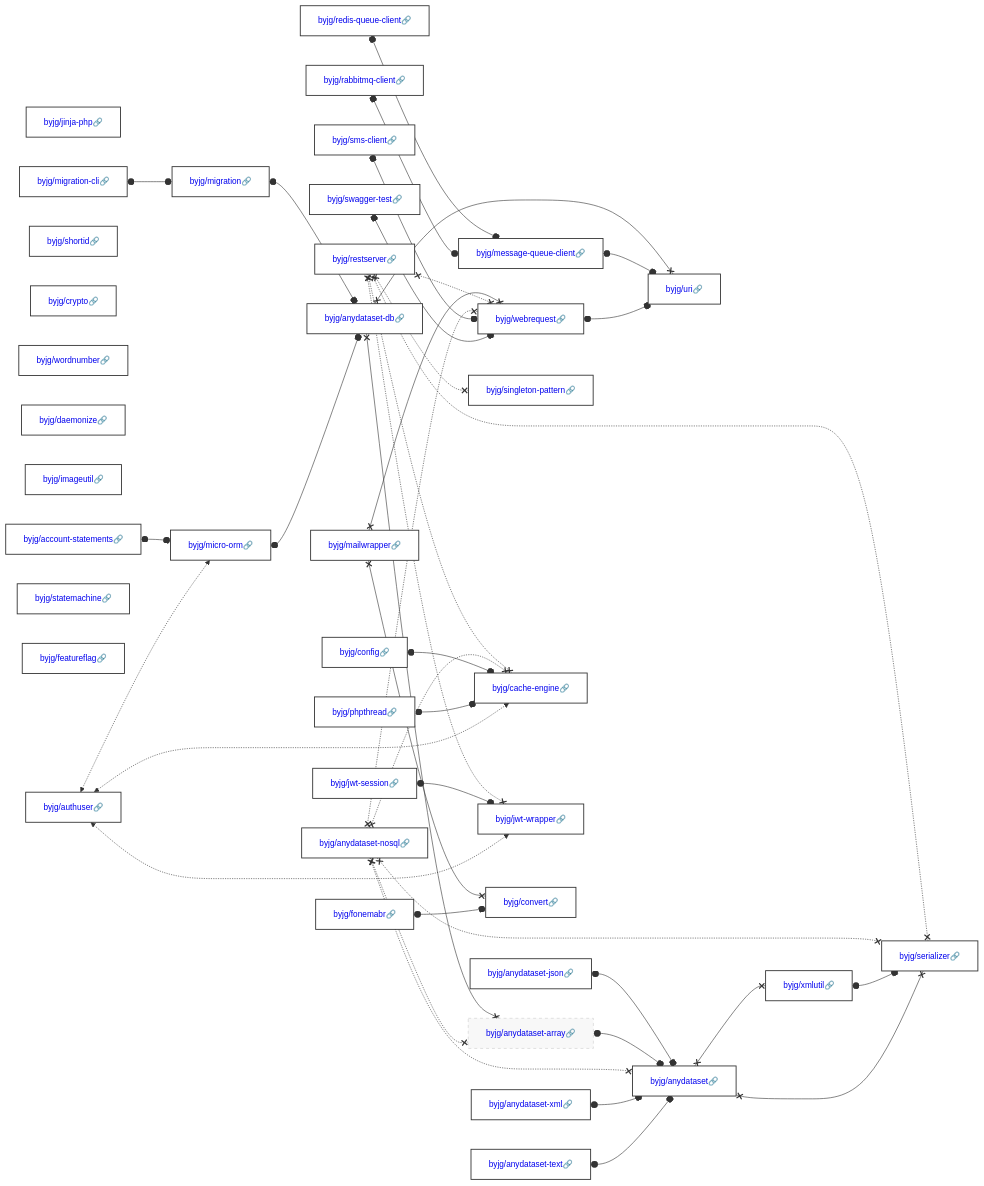
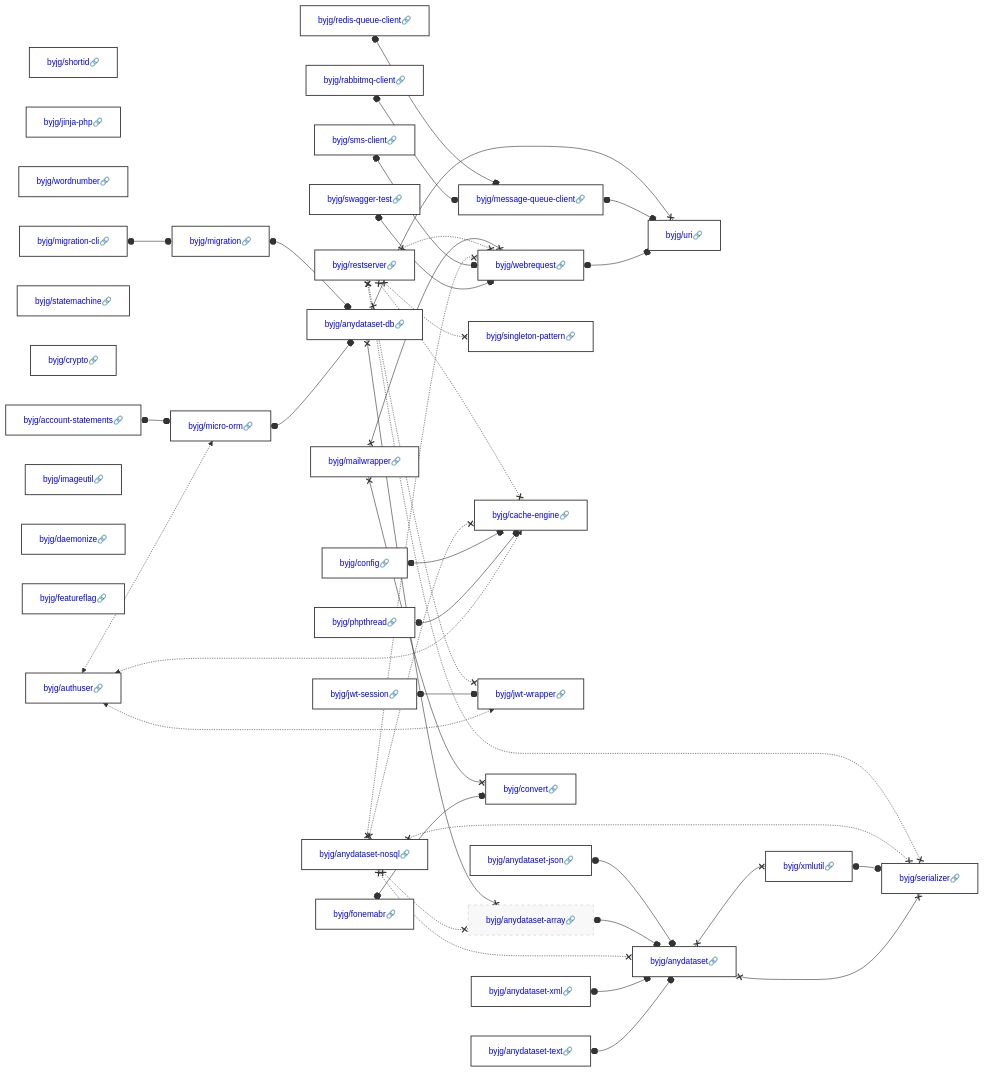
The diagram in docs/php/README.md (byjg/byjg.github.io), drawn with Mermaid before and after one commit. The commit also changed other lines of this file, not shown here.

Commit message:
Update documentation 'php' 'php-anydataset-db'

````diff
--- a/docs/php/README.md
+++ b/docs/php/README.md
@@ -3,37 +3,37 @@
 ```mermaid
 graph LR;
+  byjg/rabbitmq-client[<a href='https://opensource.byjg.com/docs/php/rabbitmq-client' style='text-decoration:none'>byjg/rabbitmq-client🔗</a>];
+  byjg/shortid[<a href='https://opensource.byjg.com/docs/php/shortid' style='text-decoration:none'>byjg/shortid🔗</a>];
+  byjg/phpthread[<a href='https://opensource.byjg.com/docs/php/phpthread' style='text-decoration:none'>byjg/phpthread🔗</a>];
   byjg/jinja-php[<a href='https://opensource.byjg.com/docs/php/jinja-php' style='text-decoration:none'>byjg/jinja-php🔗</a>];
+  byjg/restserver[<a href='https://opensource.byjg.com/docs/php/restserver' style='text-decoration:none'>byjg/restserver🔗</a>];
+  byjg/wordnumber[<a href='https://opensource.byjg.com/docs/php/wordnumber' style='text-decoration:none'>byjg/wordnumber🔗</a>];
+  byjg/swagger-test[<a href='https://opensource.byjg.com/docs/php/swagger-test' style='text-decoration:none'>byjg/swagger-test🔗</a>];
+  byjg/anydataset-text[<a href='https://opensource.byjg.com/docs/php/anydataset-text' style='text-decoration:none'>byjg/anydataset-text🔗</a>];
+  byjg/fonemabr[<a href='https://opensource.byjg.com/docs/php/fonemabr' style='text-decoration:none'>byjg/fonemabr🔗</a>];
   byjg/anydataset-xml[<a href='https://opensource.byjg.com/docs/php/anydataset-xml' style='text-decoration:none'>byjg/anydataset-xml🔗</a>];
+  byjg/anydataset-nosql[<a href='https://opensource.byjg.com/docs/php/anydataset-nosql' style='text-decoration:none'>byjg/anydataset-nosql🔗</a>];
+  byjg/anydataset-json[<a href='https://opensource.byjg.com/docs/php/anydataset-json' style='text-decoration:none'>byjg/anydataset-json🔗</a>];
+  byjg/account-statements[<a href='https://opensource.byjg.com/docs/php/account-statements' style='text-decoration:none'>byjg/account-statements🔗</a>];
+  byjg/statemachine[<a href='https://opensource.byjg.com/docs/php/statemachine' style='text-decoration:none'>byjg/statemachine🔗</a>];
+  byjg/crypto[<a href='https://opensource.byjg.com/docs/php/crypto' style='text-decoration:none'>byjg/crypto🔗</a>];
   byjg/config[<a href='https://opensource.byjg.com/docs/php/config' style='text-decoration:none'>byjg/config🔗</a>];
-  byjg/restserver[<a href='https://opensource.byjg.com/docs/php/restserver' style='text-decoration:none'>byjg/restserver🔗</a>];
-  byjg/account-statements[<a href='https://opensource.byjg.com/docs/php/account-statements' style='text-decoration:none'>byjg/account-statements🔗</a>];
-  byjg/swagger-test[<a href='https://opensource.byjg.com/docs/php/swagger-test' style='text-decoration:none'>byjg/swagger-test🔗</a>];
+  byjg/sms-client[<a href='https://opensource.byjg.com/docs/php/sms-client' style='text-decoration:none'>byjg/sms-client🔗</a>];
+  byjg/authuser[<a href='https://opensource.byjg.com/docs/php/authuser' style='text-decoration:none'>byjg/authuser🔗</a>];
   byjg/jwt-session[<a href='https://opensource.byjg.com/docs/php/jwt-session' style='text-decoration:none'>byjg/jwt-session🔗</a>];
-  byjg/anydataset-nosql[<a href='https://opensource.byjg.com/docs/php/anydataset-nosql' style='text-decoration:none'>byjg/anydataset-nosql🔗</a>];
-  byjg/shortid[<a href='https://opensource.byjg.com/docs/php/shortid' style='text-decoration:none'>byjg/shortid🔗</a>];
-  byjg/crypto[<a href='https://opensource.byjg.com/docs/php/crypto' style='text-decoration:none'>byjg/crypto🔗</a>];
+  byjg/imageutil[<a href='https://opensource.byjg.com/docs/php/imageutil' style='text-decoration:none'>byjg/imageutil🔗</a>];
+  byjg/daemonize[<a href='https://opensource.byjg.com/docs/php/daemonize' style='text-decoration:none'>byjg/daemonize🔗</a>];
+  byjg/redis-queue-client[<a href='https://opensource.byjg.com/docs/php/redis-queue-client' style='text-decoration:none'>byjg/redis-queue-client🔗</a>];
   byjg/mailwrapper[<a href='https://opensource.byjg.com/docs/php/mailwrapper' style='text-decoration:none'>byjg/mailwrapper🔗</a>];
-  byjg/wordnumber[<a href='https://opensource.byjg.com/docs/php/wordnumber' style='text-decoration:none'>byjg/wordnumber🔗</a>];
-  byjg/daemonize[<a href='https://opensource.byjg.com/docs/php/daemonize' style='text-decoration:none'>byjg/daemonize🔗</a>];
-  byjg/sms-client[<a href='https://opensource.byjg.com/docs/php/sms-client' style='text-decoration:none'>byjg/sms-client🔗</a>];
-  byjg/imageutil[<a href='https://opensource.byjg.com/docs/php/imageutil' style='text-decoration:none'>byjg/imageutil🔗</a>];
-  byjg/phpthread[<a href='https://opensource.byjg.com/docs/php/phpthread' style='text-decoration:none'>byjg/phpthread🔗</a>];
-  byjg/authuser[<a href='https://opensource.byjg.com/docs/php/authuser' style='text-decoration:none'>byjg/authuser🔗</a>];
-  byjg/fonemabr[<a href='https://opensource.byjg.com/docs/php/fonemabr' style='text-decoration:none'>byjg/fonemabr🔗</a>];
-  byjg/anydataset-json[<a href='https://opensource.byjg.com/docs/php/anydataset-json' style='text-decoration:none'>byjg/anydataset-json🔗</a>];
-  byjg/statemachine[<a href='https://opensource.byjg.com/docs/php/statemachine' style='text-decoration:none'>byjg/statemachine🔗</a>];
-  byjg/redis-queue-client[<a href='https://opensource.byjg.com/docs/php/redis-queue-client' style='text-decoration:none'>byjg/redis-queue-client🔗</a>];
-  byjg/anydataset-text[<a href='https://opensource.byjg.com/docs/php/anydataset-text' style='text-decoration:none'>byjg/anydataset-text🔗</a>];
-  byjg/rabbitmq-client[<a href='https://opensource.byjg.com/docs/php/rabbitmq-client' style='text-decoration:none'>byjg/rabbitmq-client🔗</a>];
   byjg/featureflag[<a href='https://opensource.byjg.com/docs/php/featureflag' style='text-decoration:none'>byjg/featureflag🔗</a>];
   byjg/migration-cli[<a href='https://opensource.byjg.com/docs/php/migration-cli' style='text-decoration:none'>byjg/migration-cli🔗</a>];
   byjg/singleton-pattern[<a href='https://opensource.byjg.com/docs/php/singleton-pattern' style='text-decoration:none'>byjg/singleton-pattern🔗</a>];
-  byjg/webrequest[<a href='https://opensource.byjg.com/docs/php/webrequest' style='text-decoration:none'>byjg/webrequest🔗</a>];
   byjg/micro-orm[<a href='https://opensource.byjg.com/docs/php/micro-orm' style='text-decoration:none'>byjg/micro-orm🔗</a>];
   byjg/cache-engine[<a href='https://opensource.byjg.com/docs/php/cache-engine' style='text-decoration:none'>byjg/cache-engine🔗</a>];
   byjg/jwt-wrapper[<a href='https://opensource.byjg.com/docs/php/jwt-wrapper' style='text-decoration:none'>byjg/jwt-wrapper🔗</a>];
+  byjg/message-queue-client[<a href='https://opensource.byjg.com/docs/php/message-queue-client' style='text-decoration:none'>byjg/message-queue-client🔗</a>];
   byjg/convert[<a href='https://opensource.byjg.com/docs/php/convert' style='text-decoration:none'>byjg/convert🔗</a>];
-  byjg/message-queue-client[<a href='https://opensource.byjg.com/docs/php/message-queue-client' style='text-decoration:none'>byjg/message-queue-client🔗</a>];
+  byjg/webrequest[<a href='https://opensource.byjg.com/docs/php/webrequest' style='text-decoration:none'>byjg/webrequest🔗</a>];
   byjg/migration[<a href='https://opensource.byjg.com/docs/php/migration' style='text-decoration:none'>byjg/migration🔗</a>];
   byjg/anydataset-db[<a href='https://opensource.byjg.com/docs/php/anydataset-db' style='text-decoration:none'>byjg/anydataset-db🔗</a>];
   byjg/anydataset-array[<a href='https://opensource.byjg.com/docs/php/anydataset-array' style='text-decoration:none'>byjg/anydataset-array🔗</a>];
````
